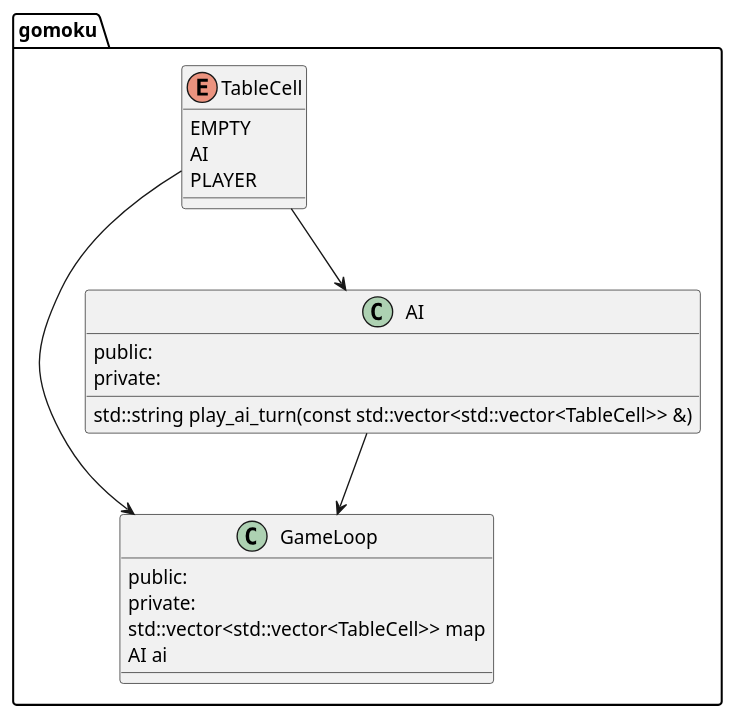
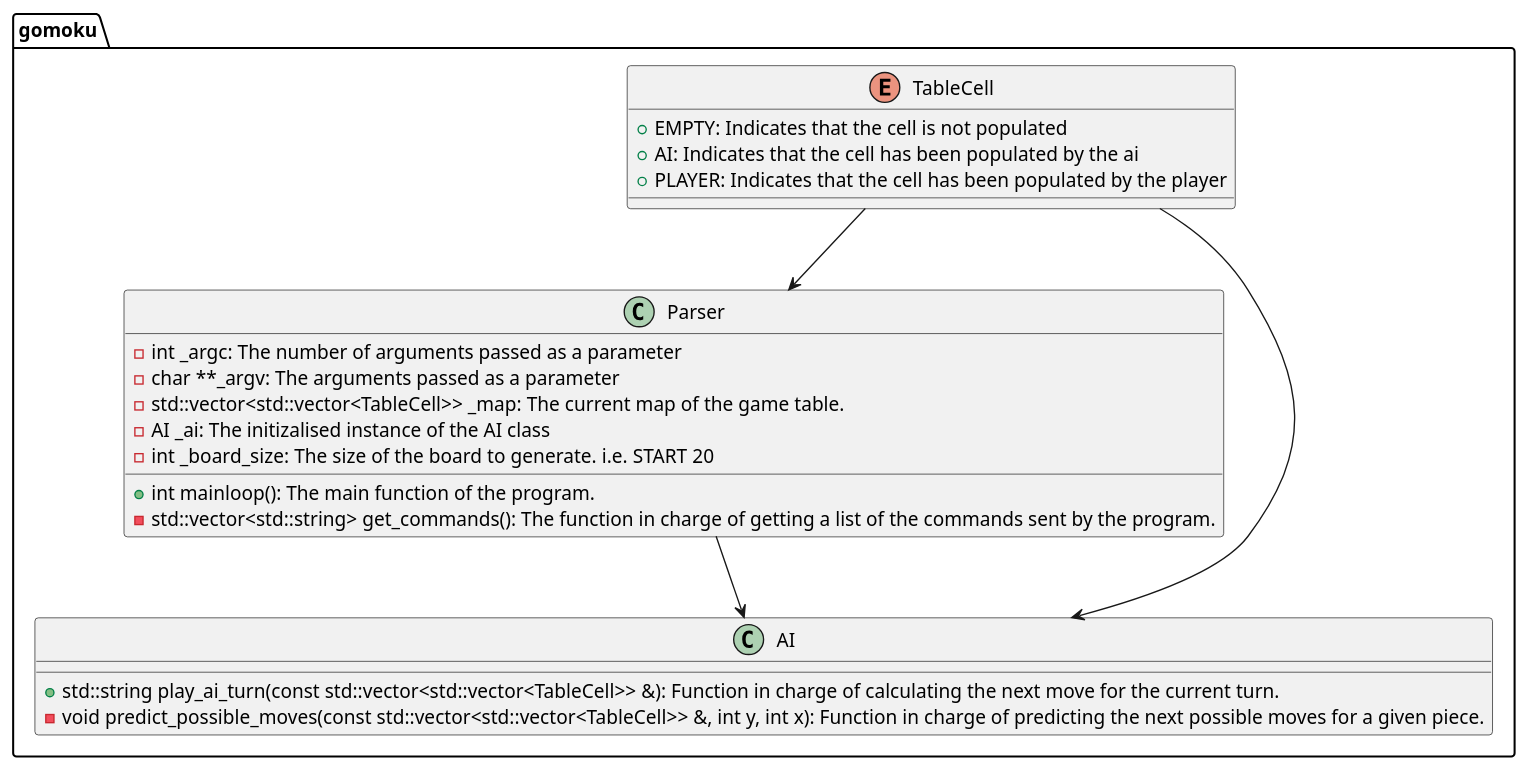
Before and after one commit to bazar-de-komi/gomoku: the diagram in bonus/plan/plan.puml, drawn with PlantUML.

Commit message:
[UPDATE] plan desing

```diff
--- a/bonus/plan/plan.puml
+++ b/bonus/plan/plan.puml
@@ -1,29 +1,32 @@
-@startuml
+@startuml gomoku plan
 
 package gomoku
 {
     enum TableCell {
-        EMPTY
-        AI
-        PLAYER
+        +EMPTY: Indicates that the cell is not populated
+        +AI: Indicates that the cell has been populated by the ai
+        +PLAYER: Indicates that the cell has been populated by the player
     }
 
-    class GameLoop {
-        public:
-        private:
-            std::vector<std::vector<TableCell>> map
-            AI ai
+    class Parser {
+        +int mainloop(): The main function of the program.
+        -std::vector<std::string> get_commands(): The function in charge of getting a list of the commands sent by the program.
+        -int _argc: The number of arguments passed as a parameter
+        -char **_argv: The arguments passed as a parameter
+        -std::vector<std::vector<TableCell>> _map: The current map of the game table.
+        -AI _ai: The initizalised instance of the AI class
+        -int _board_size: The size of the board to generate. i.e. START 20
+
     }
 
     class AI {
-        public:
-            std::string play_ai_turn(const std::vector<std::vector<TableCell>> &)
-        private:
+        +std::string play_ai_turn(const std::vector<std::vector<TableCell>> &): Function in charge of calculating the next move for the current turn.
+        -void predict_possible_moves(const std::vector<std::vector<TableCell>> &, int y, int x): Function in charge of predicting the next possible moves for a given piece.
     }
 
-    TableCell --> GameLoop
+    TableCell --> Parser
     TableCell --> AI
-    AI --> GameLoop
+    Parser --> AI
 }
 
 @enduml
```
